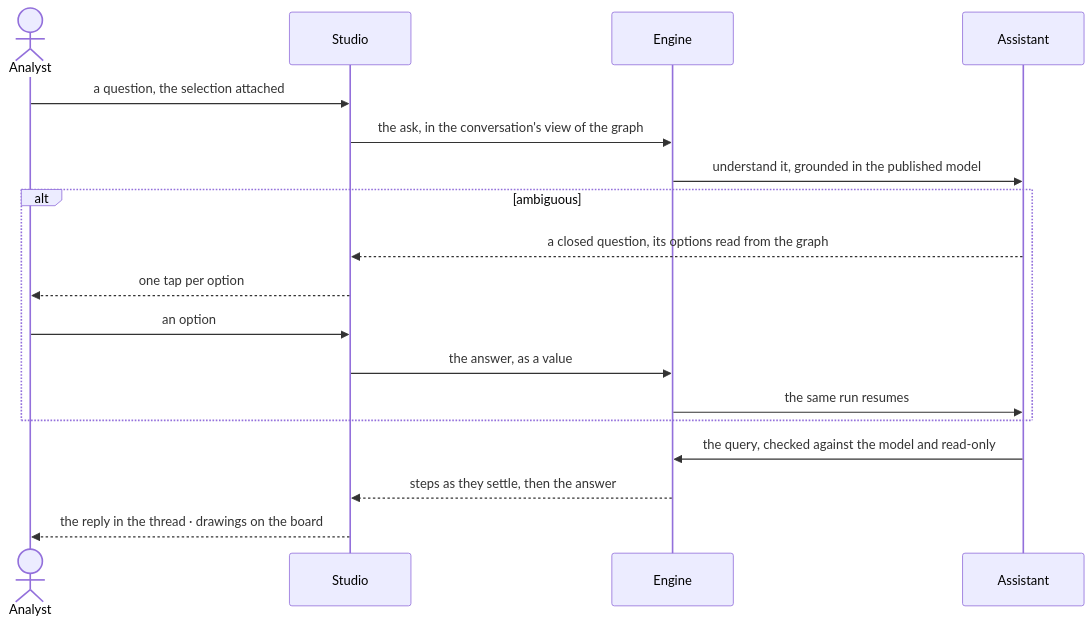
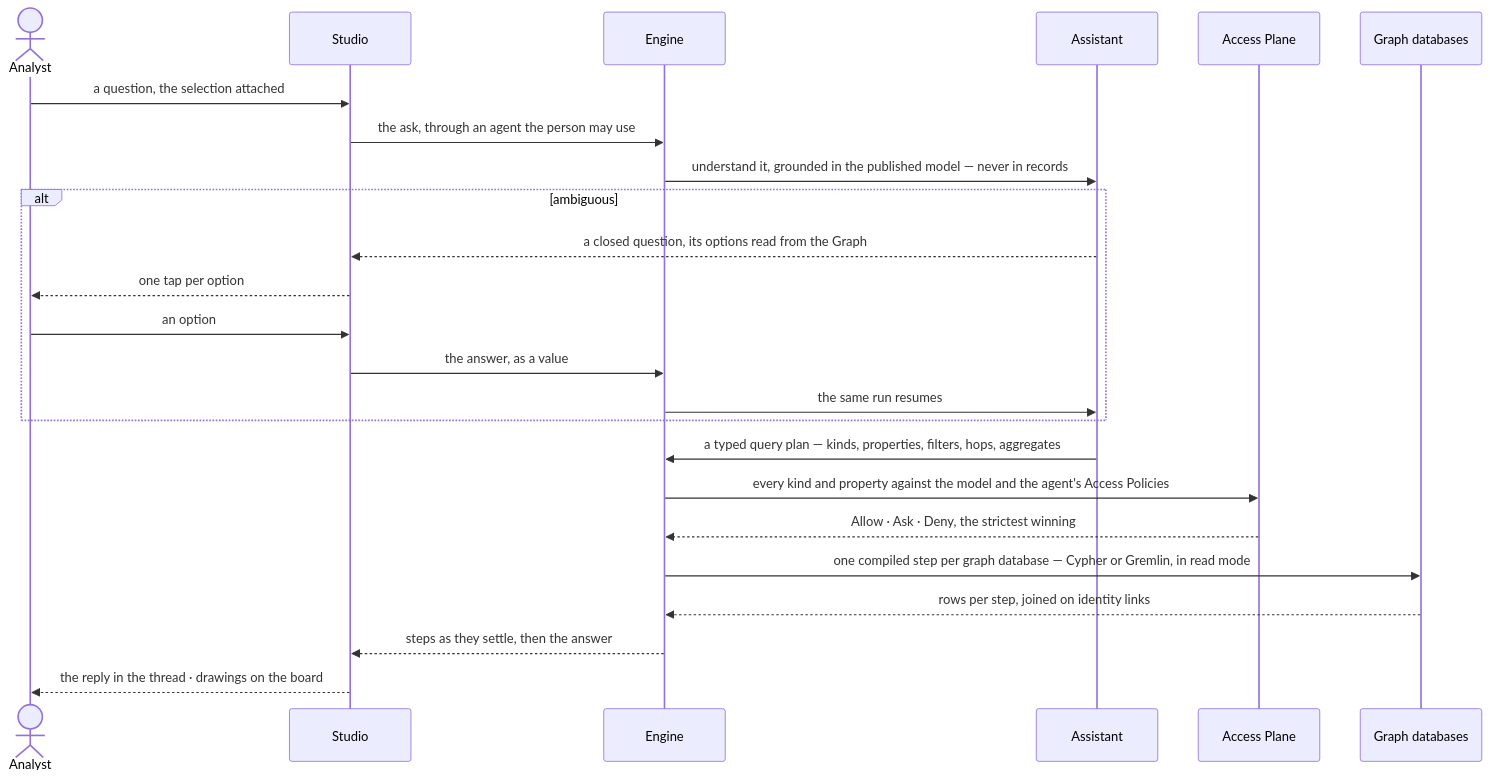
The second of 2 diagrams in specs/capabilities/explore/features/EX-F03-ask-a-question/feature.md (invana/invana), drawn with Mermaid before and after one commit. The commit also changed other lines of this file and 522 other files, not shown here.

````diff
--- a/specs/capabilities/explore/features/EX-F03-ask-a-question/feature.md
+++ b/specs/capabilities/explore/features/EX-F03-ask-a-question/feature.md
@@ -54,20 +60,26 @@
 ```mermaid
 sequenceDiagram
   actor P as Analyst
   participant S as Studio
   participant E as Engine
   participant A as Assistant
+  participant X as Access Plane
+  participant D as Graph databases
   P->>S: a question, the selection attached
-  S->>E: the ask, in the conversation's view of the graph
-  E->>A: understand it, grounded in the published model
+  S->>E: the ask, through an agent the person may use
+  E->>A: understand it, grounded in the published model — never in records
   alt ambiguous
-    A-->>S: a closed question, its options read from the graph
+    A-->>S: a closed question, its options read from the Graph
     S-->>P: one tap per option
     P->>S: an option
     S->>E: the answer, as a value
     E->>A: the same run resumes
   end
-  A->>E: the query, checked against the model and read-only
+  A->>E: a typed query plan — kinds, properties, filters, hops, aggregates
+  E->>X: every kind and property against the model and the agent's Access Policies
+  X-->>E: Allow · Ask · Deny, the strictest winning
+  E->>D: one compiled step per graph database — Cypher or Gremlin, in read mode
+  D-->>E: rows per step, joined on identity links
   E-->>S: steps as they settle, then the answer
   S-->>P: the reply in the thread · drawings on the board
 ```
````
